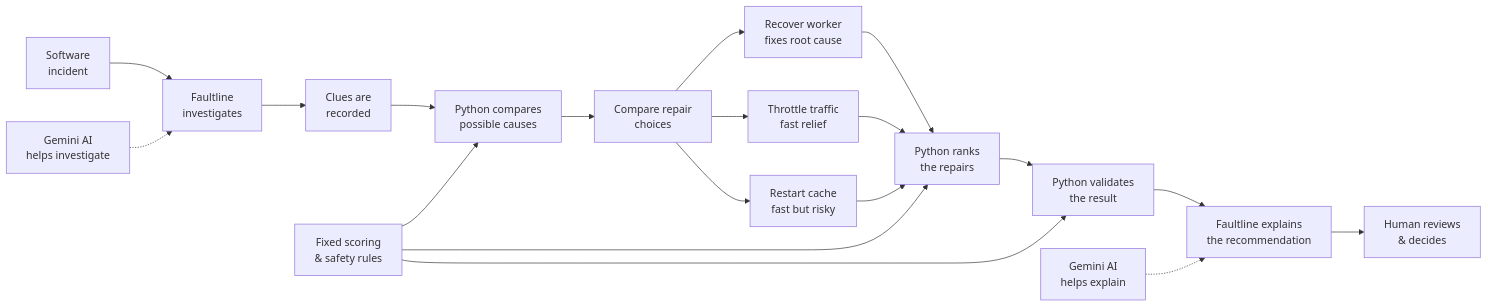
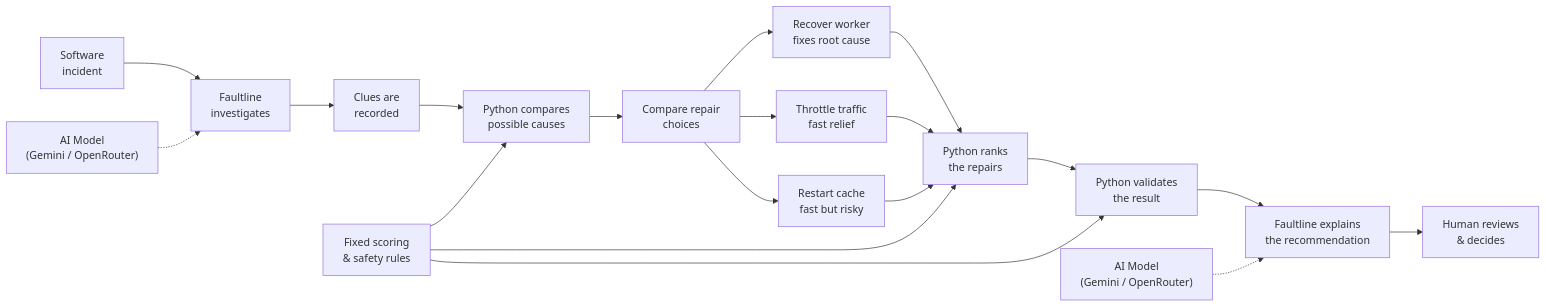
Before and after one commit to AnasBabari/LEC_AI: the diagram in README.md, drawn with Mermaid. The commit also changed other lines of this file, not shown here.

First line of the commit message:
docs(readme): document multi-tier model fallback cascade and scenario expansion

````diff
--- a/README.md
+++ b/README.md
@@ -86,41 +86,41 @@
 ```mermaid
 flowchart LR
     Incident["Software<br/>incident"]
     Investigate["Faultline<br/>investigates"]
     Evidence["Clues are<br/>recorded"]
     Cause["Python compares<br/>possible causes"]
 
     Compare["Compare repair<br/>choices"]
 
     A["Recover worker<br/>fixes root cause"]
     B["Throttle traffic<br/>fast relief"]
     C["Restart cache<br/>fast but risky"]
 
     Rank["Python ranks<br/>the repairs"]
     Validate["Python validates<br/>the result"]
     Explain["Faultline explains<br/>the recommendation"]
     Human["Human reviews<br/>& decides"]
 
-    GeminiInv["Gemini AI<br/>helps investigate"]
-    GeminiExp["Gemini AI<br/>helps explain"]
+    AIInv["AI Model<br/>(Gemini / OpenRouter)"]
+    AIExp["AI Model<br/>(Gemini / OpenRouter)"]
     Rules["Fixed scoring<br/>& safety rules"]
 
     Incident --> Investigate --> Evidence --> Cause --> Compare
 
     Compare --> A
     Compare --> B
     Compare --> C
 
     A --> Rank
     B --> Rank
     C --> Rank
 
     Rank --> Validate --> Explain --> Human
 
-    GeminiInv -.-> Investigate
-    GeminiExp -.-> Explain
+    AIInv -.-> Investigate
+    AIExp -.-> Explain
 
     Rules --> Cause
     Rules --> Rank
     Rules --> Validate
 ```
````
